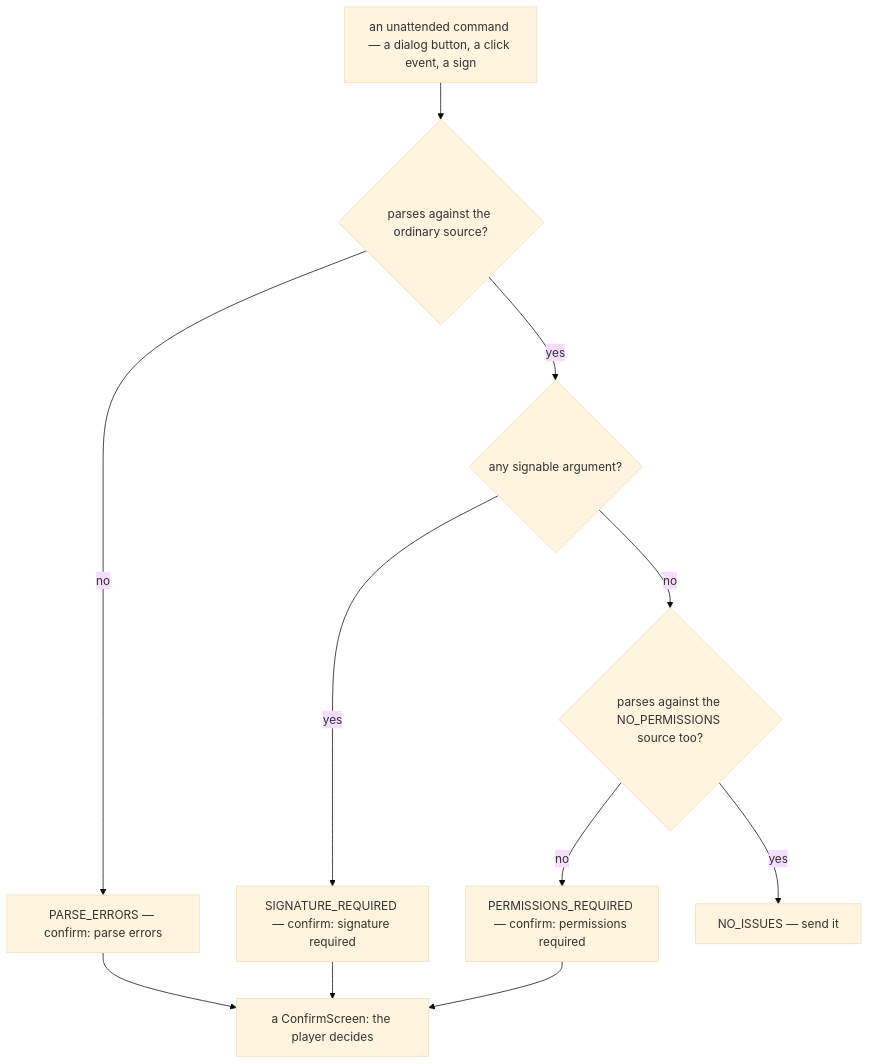
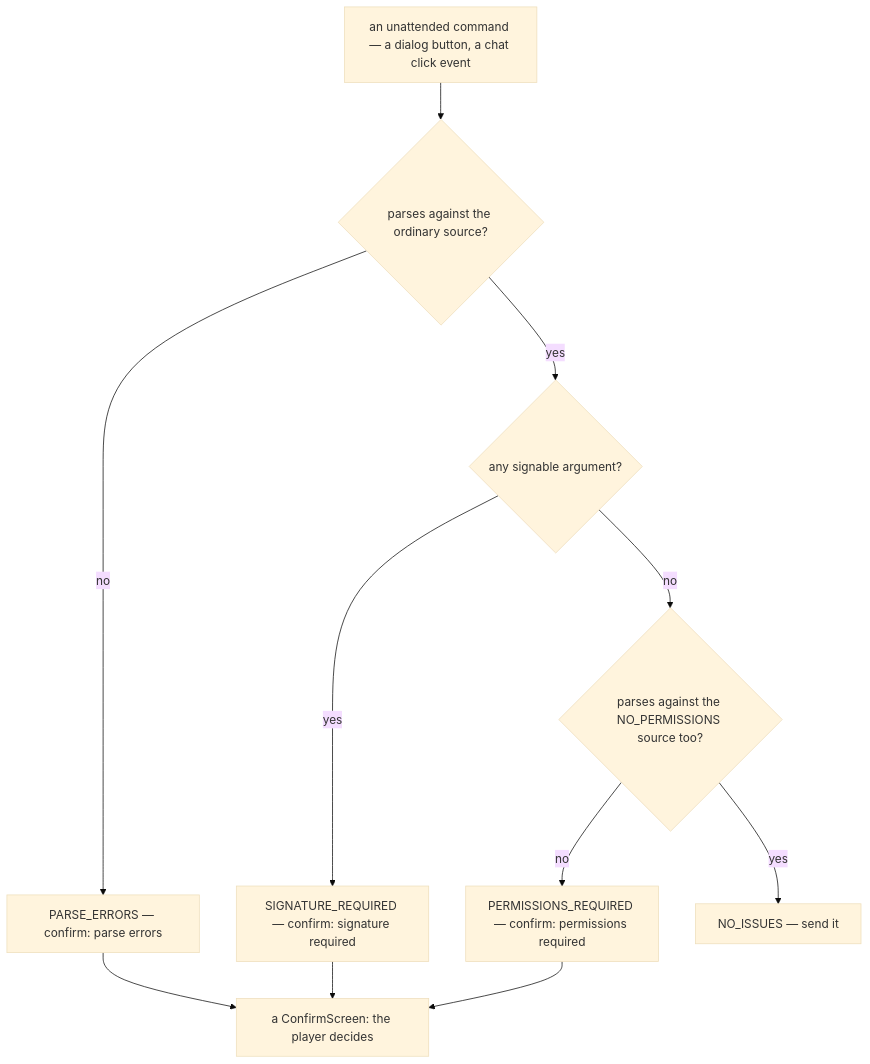
The second of 2 diagrams in src/systems/commands/permissions.md (AlexanderjFraser/MinecraftDocs), drawn with Mermaid (base theme) before and after one commit. The commit also changed other lines of this file and 22 other files, not shown here.

````diff
--- a/src/systems/commands/permissions.md
+++ b/src/systems/commands/permissions.md
@@ -204,14 +213,14 @@
 ```mermaid
 flowchart TB
-    IN["an unattended command — a dialog button, a click event, a sign"]
+    IN["an unattended command — a dialog button, a chat click event"]
     IN --> P1{"parses against the ordinary source?"}
     P1 -- no --> E1["PARSE_ERRORS — confirm: parse errors"]
     P1 -- yes --> P2{"any signable argument?"}
     P2 -- yes --> E2["SIGNATURE_REQUIRED — confirm: signature required"]
     P2 -- no --> P3{"parses against the NO_PERMISSIONS source too?"}
     P3 -- no --> E3["PERMISSIONS_REQUIRED — confirm: permissions required"]
     P3 -- yes --> OK["NO_ISSUES — send it"]
     E1 --> CS["a ConfirmScreen: the player decides"]
     E2 --> CS
     E3 --> CS
 ```
````
